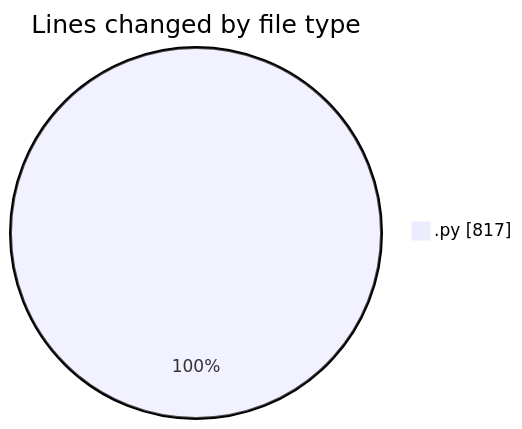
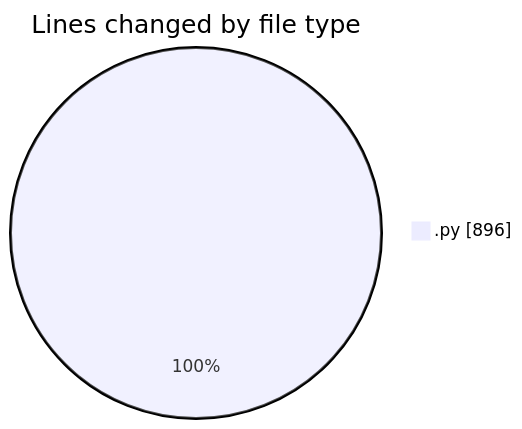
Before and after one commit to momahboobian/code-tracking: the first of 2 diagrams in 2025-03-25/samplepdf/README.md, drawn with Mermaid. The commit also changed other lines of this file and 1 other file, not shown here.

````diff
--- a/2025-03-25/samplepdf/README.md
+++ b/2025-03-25/samplepdf/README.md
@@ -24,5 +25,5 @@
 ```mermaid
 pie showData
 title Lines changed by file type
-".py" : 817
+".py" : 896
 ```
````
